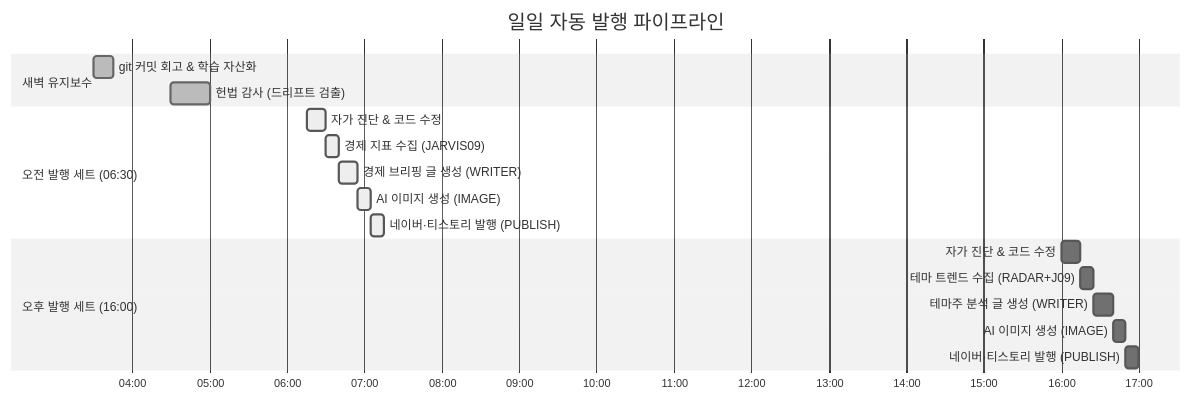
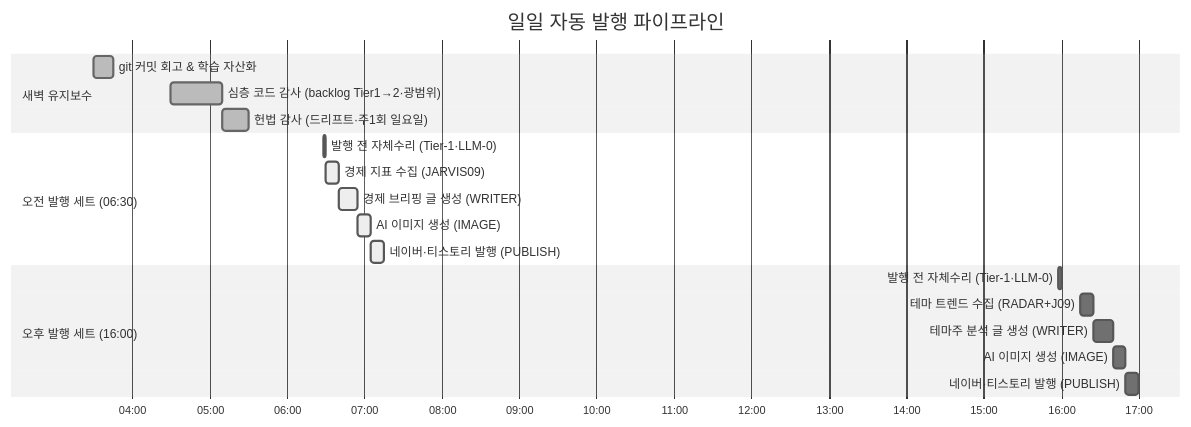
Before and after one commit to youandi3535/jarvis-agent: the second of 3 diagrams in README.md, drawn with Mermaid (neutral theme). The commit also changed other lines of this file and 22 other files, not shown here.

First line of the commit message:
hj : 발행 전 Tier-1 자체수리 sweep + 새벽 04:30 심층 감사 분리 + 수정 LLM Opus 4.6 통일

````diff
--- a/README.md
+++ b/README.md
@@ -157,24 +157,25 @@
 ```mermaid
 gantt
     title 일일 자동 발행 파이프라인
     dateFormat HH:mm
     axisFormat %H:%M
 
     section 새벽 유지보수
-        git 커밋 회고 & 학습 자산화     :done, 03:30, 15m
-        헌법 감사 (드리프트 검출)        :done, 04:30, 30m
+        git 커밋 회고 & 학습 자산화          :done, 03:30, 15m
+        심층 코드 감사 (backlog Tier1→2·광범위) :done, 04:30, 40m
+        헌법 감사 (드리프트·주1회 일요일)      :done, 05:10, 20m
 
     section 오전 발행 세트 (06:30)
-        자가 진단 & 코드 수정           :active, 06:15, 15m
+        발행 전 자체수리 (Tier-1·LLM-0)    :active, 06:28, 2m
         경제 지표 수집 (JARVIS09)       :active, 06:30, 10m
         경제 브리핑 글 생성 (WRITER)    :active, 06:40, 15m
         AI 이미지 생성 (IMAGE)          :active, 06:55, 10m
         네이버·티스토리 발행 (PUBLISH)  :active, 07:05, 10m
 
     section 오후 발행 세트 (16:00)
-        자가 진단 & 코드 수정           :16:00, 15m
+        발행 전 자체수리 (Tier-1·LLM-0)    :15:58, 2m
         테마 트렌드 수집 (RADAR+J09)    :16:15, 10m
         테마주 분석 글 생성 (WRITER)    :16:25, 15m
         AI 이미지 생성 (IMAGE)          :16:40, 10m
         네이버·티스토리 발행 (PUBLISH)  :16:50, 10m
 ```
````
